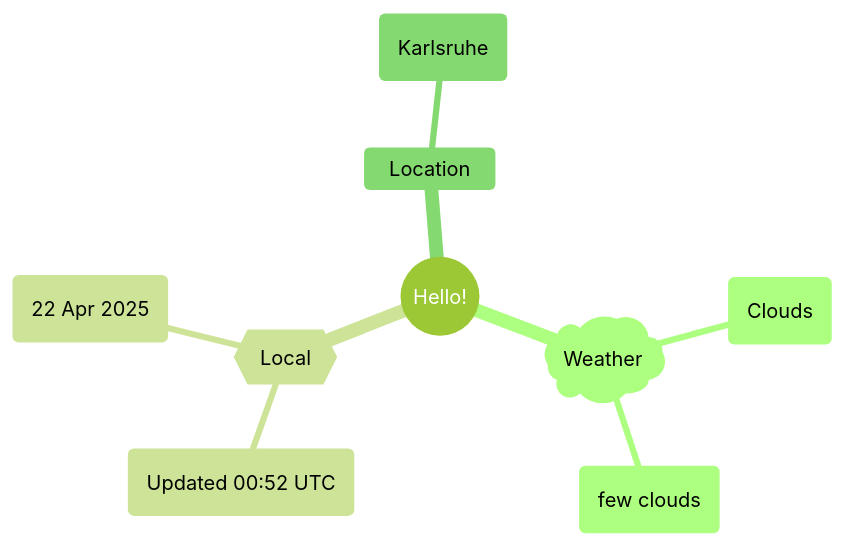
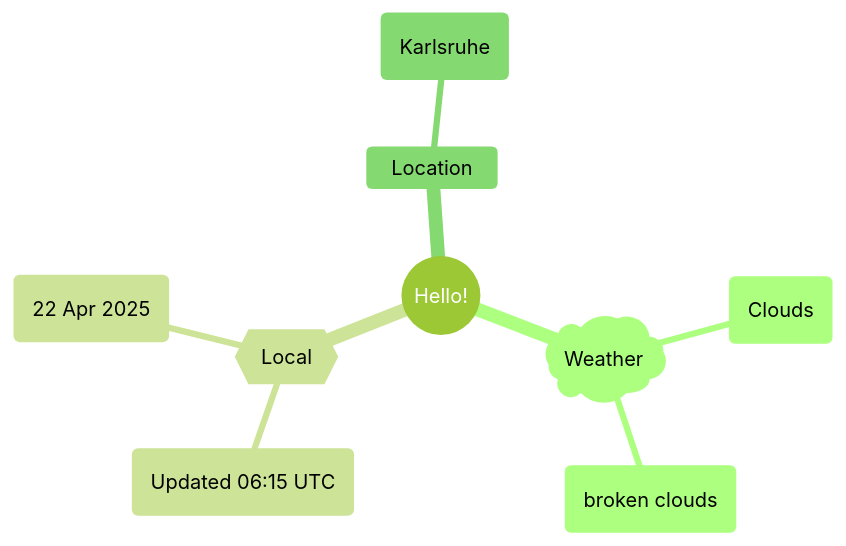
The first of 2 diagrams in README.md (Xosrov/Xosrov), drawn with Mermaid (forest theme) before and after one commit.

Commit message:
[bot] updated images

````diff
--- a/README.md
+++ b/README.md
@@ -3,12 +3,12 @@
 ```mermaid
 mindmap
   root((Hello!))
     )Weather(
         (Clouds)
-        (few clouds)
+        (broken clouds)
     {{Local}}
-        (Updated 00:52 UTC)
+        (Updated 06:15 UTC)
         (22 Apr 2025)
     Location
         (Karlsruhe)
 ```
````
